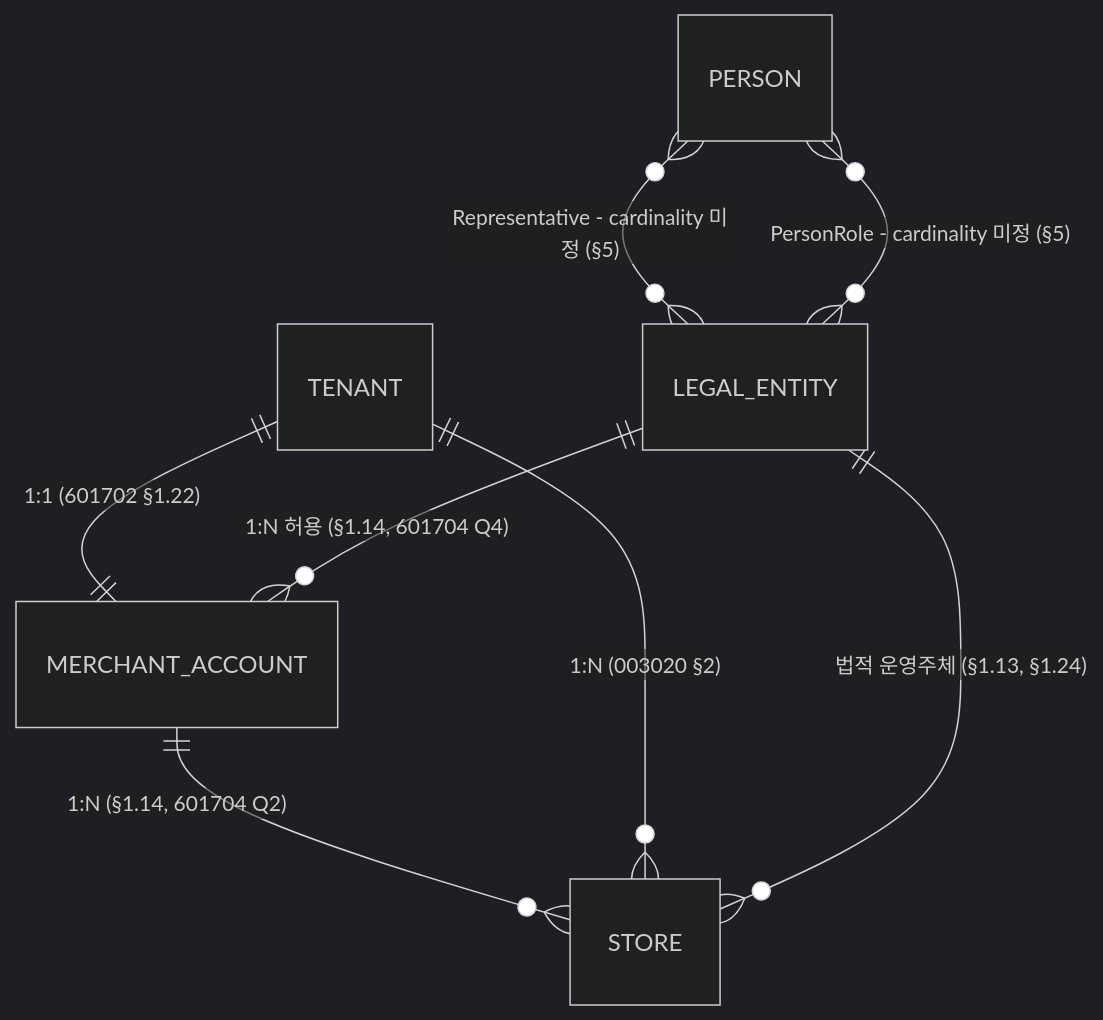
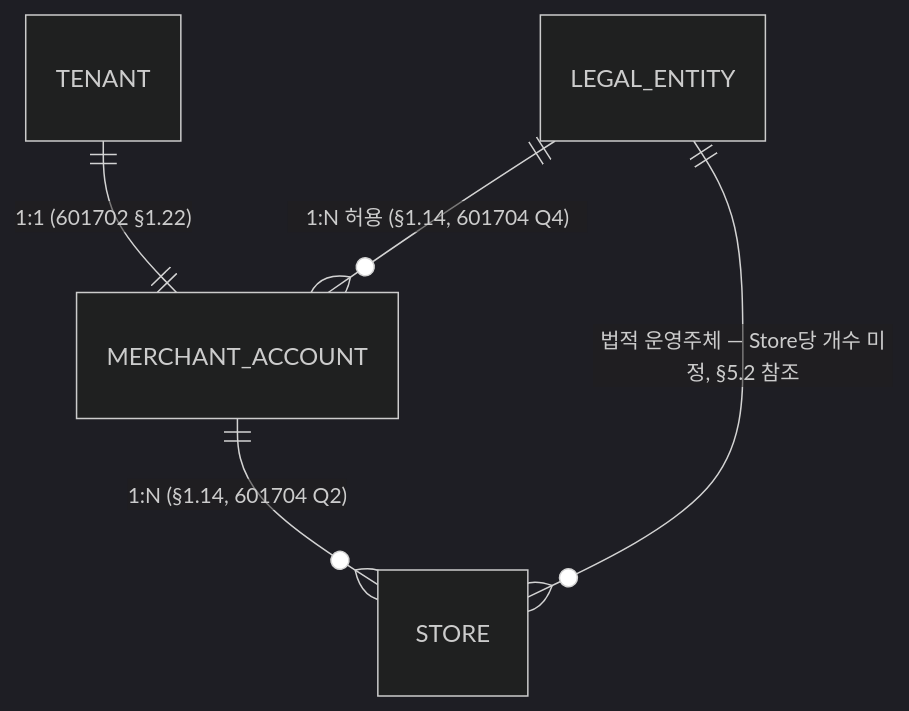
One commit to mirunubi/yoonsul_wait_order_handoff changed the diagram in docs/600000_implementation_lifecycle/601700_operational_authority_foundation_v2/601705_Diagram_Operational_Authority_Core_ERD.md. Above: the diagram before and after it, drawn with Mermaid (dark theme). The commit also changed other lines of this file and 5 other files, not shown here.

````diff
--- a/docs/600000_implementation_lifecycle/601700_operational_authority_foundation_v2/601705_Diagram_Operational_Authority_Core_ERD.md
+++ b/docs/600000_implementation_lifecycle/601700_operational_authority_foundation_v2/601705_Diagram_Operational_Authority_Core_ERD.md
@@ -133,10 +144,7 @@
 ```mermaid
 erDiagram
     TENANT ||--|| MERCHANT_ACCOUNT : "1:1 (601702 §1.22)"
     LEGAL_ENTITY ||--o{ MERCHANT_ACCOUNT : "1:N 허용 (§1.14, 601704 Q4)"
     MERCHANT_ACCOUNT ||--o{ STORE : "1:N (§1.14, 601704 Q2)"
-    TENANT ||--o{ STORE : "1:N (003020 §2)"
-    LEGAL_ENTITY ||--o{ STORE : "법적 운영주체 (§1.13, §1.24)"
-    PERSON }o--o{ LEGAL_ENTITY : "Representative - cardinality 미정 (§5)"
-    PERSON }o--o{ LEGAL_ENTITY : "PersonRole - cardinality 미정 (§5)"
+    LEGAL_ENTITY ||--o{ STORE : "법적 운영주체 — Store당 개수 미정, §5.2 참조"
 ```
````
